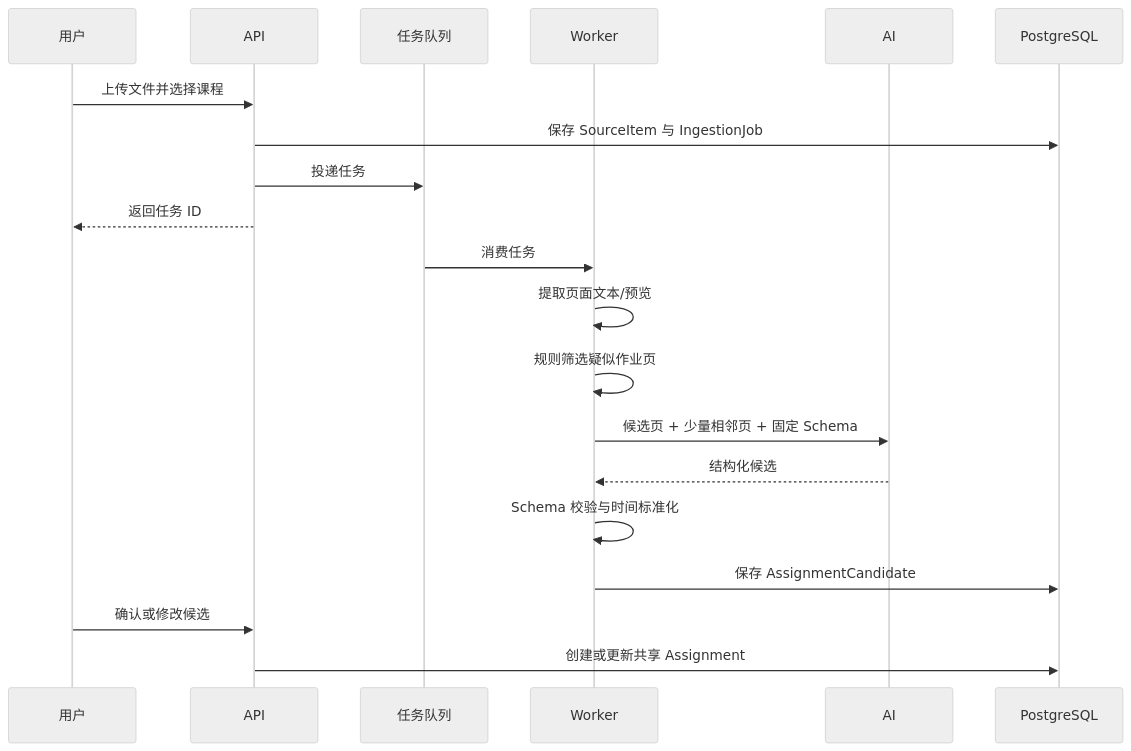
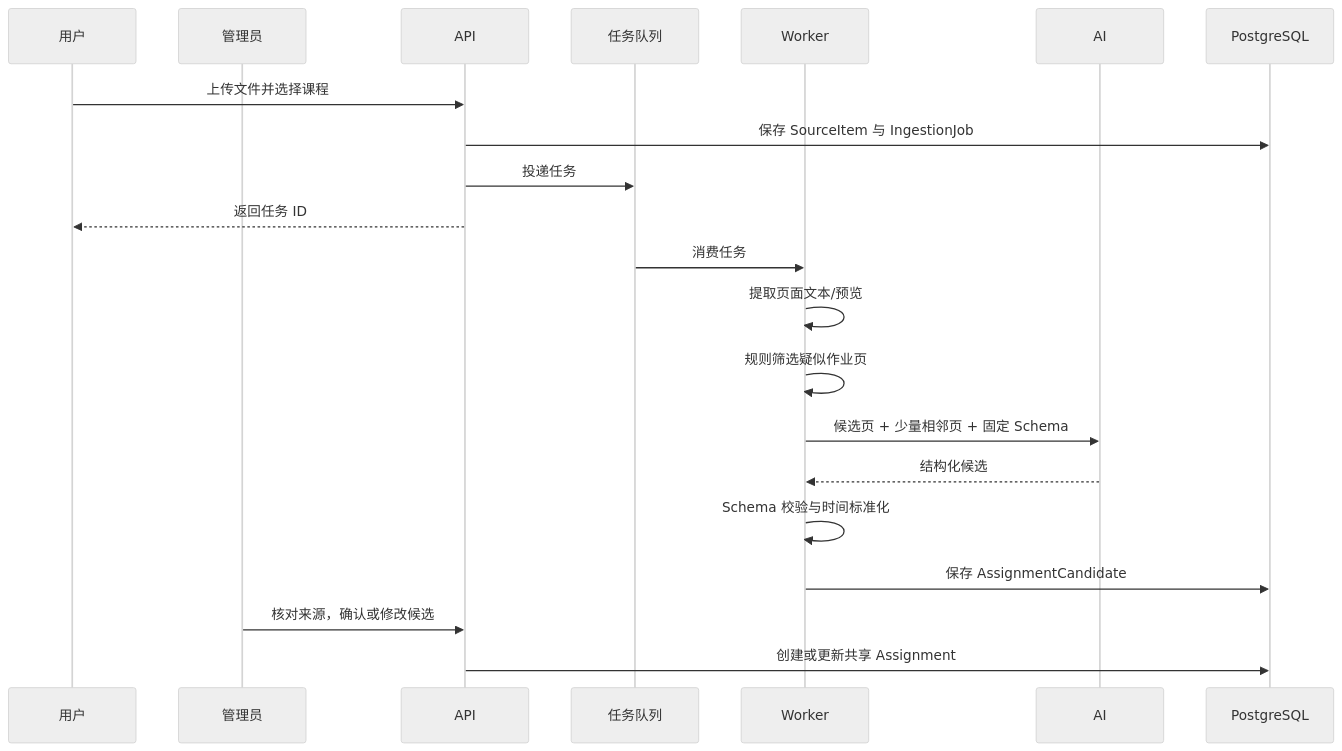
Before and after one commit to ValkyrieIII/homeworkcanvas: the third of 3 diagrams in docs/architecture.md, drawn with Mermaid (neutral theme). The commit also changed other lines of this file, not shown here.

````diff
--- a/docs/architecture.md
+++ b/docs/architecture.md
@@ -183,23 +199,24 @@
 ```mermaid
 sequenceDiagram
     participant U as 用户
+    participant AD as 管理员
     participant A as API
     participant Q as 任务队列
     participant W as Worker
     participant M as AI
     participant D as PostgreSQL
 
     U->>A: 上传文件并选择课程
     A->>D: 保存 SourceItem 与 IngestionJob
     A->>Q: 投递任务
     A-->>U: 返回任务 ID
     Q->>W: 消费任务
     W->>W: 提取页面文本/预览
     W->>W: 规则筛选疑似作业页
     W->>M: 候选页 + 少量相邻页 + 固定 Schema
     M-->>W: 结构化候选
     W->>W: Schema 校验与时间标准化
     W->>D: 保存 AssignmentCandidate
-    U->>A: 确认或修改候选
+    AD->>A: 核对来源，确认或修改候选
     A->>D: 创建或更新共享 Assignment
 ```
````
